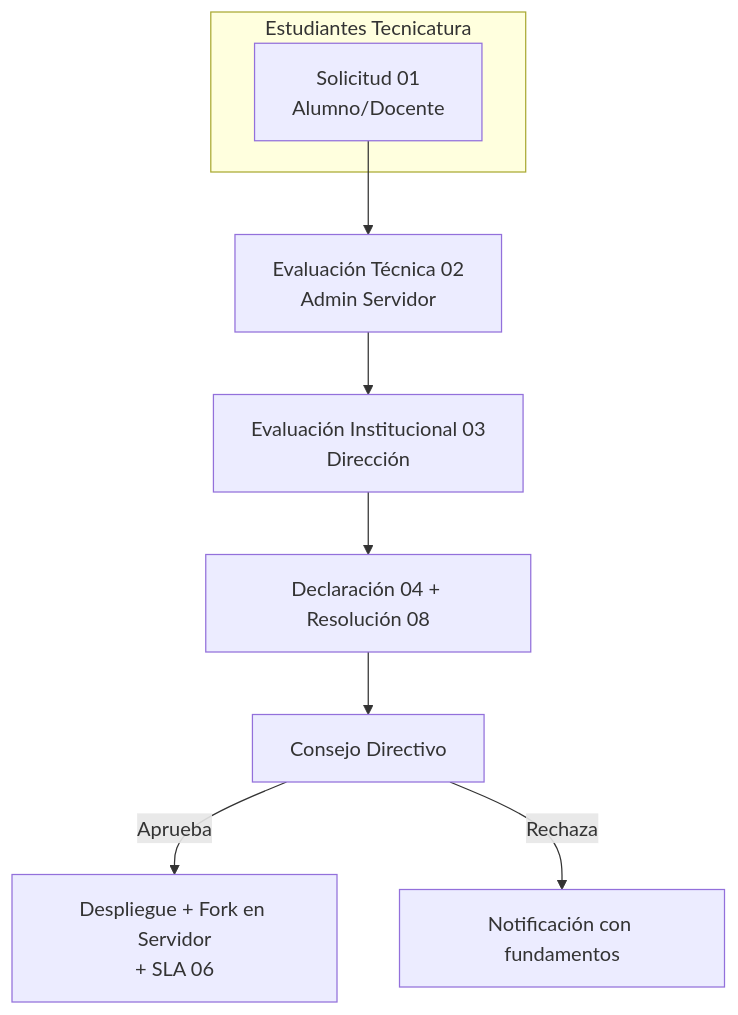
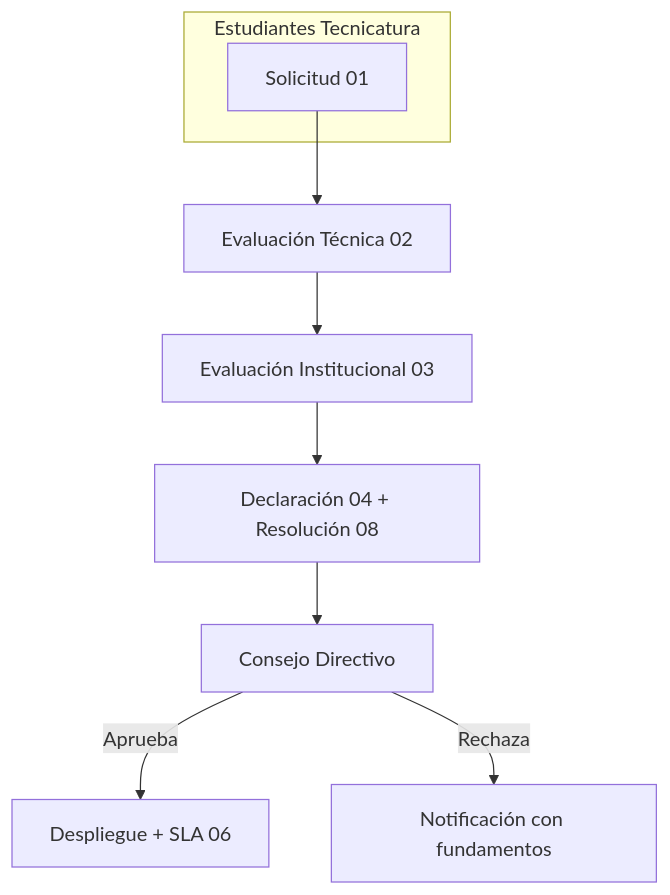
Before and after one commit to IES9018/gobernanza-servicios-digitales: the diagram in README.md, drawn with Mermaid. The commit also changed 1 other file, not shown here.

Commit message:
fix: reemplazar flowchart por graph y eliminar <br/> en diagramas Mermaid
GitHub no renderiza correctamente <br/> ni el tipo flowchart en
algunas versiones de su renderizador Mermaid.

````diff
--- a/README.md
+++ b/README.md
@@ -24,12 +24,12 @@
 ```mermaid
-flowchart TD
-    A["Solicitud 01<br/>Alumno/Docente"] --> B["Evaluación Técnica 02<br/>Admin Servidor"]
-    B --> C["Evaluación Institucional 03<br/>Dirección"]
+graph TD
+    A["Solicitud 01"] --> B["Evaluación Técnica 02"]
+    B --> C["Evaluación Institucional 03"]
     C --> D["Declaración 04 + Resolución 08"]
     D --> E[Consejo Directivo]
-    E -->|Aprueba| F["Despliegue + Fork en Servidor<br/>+ SLA 06"]
-    E -->|Rechaza| G[Notificación con fundamentos]
+    E -->|Aprueba| F["Despliegue + SLA 06"]
+    E -->|Rechaza| G["Notificación con fundamentos"]
     subgraph Estudiantes Tecnicatura
     A
     end
 ```
````
